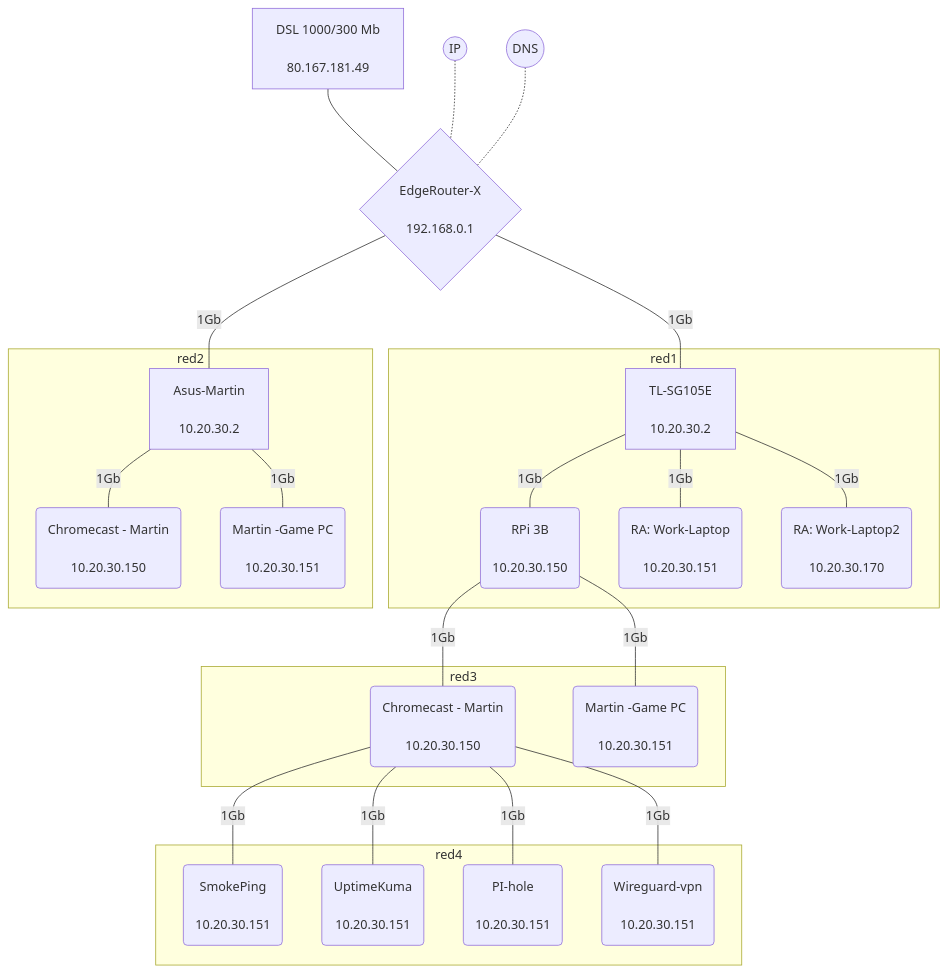
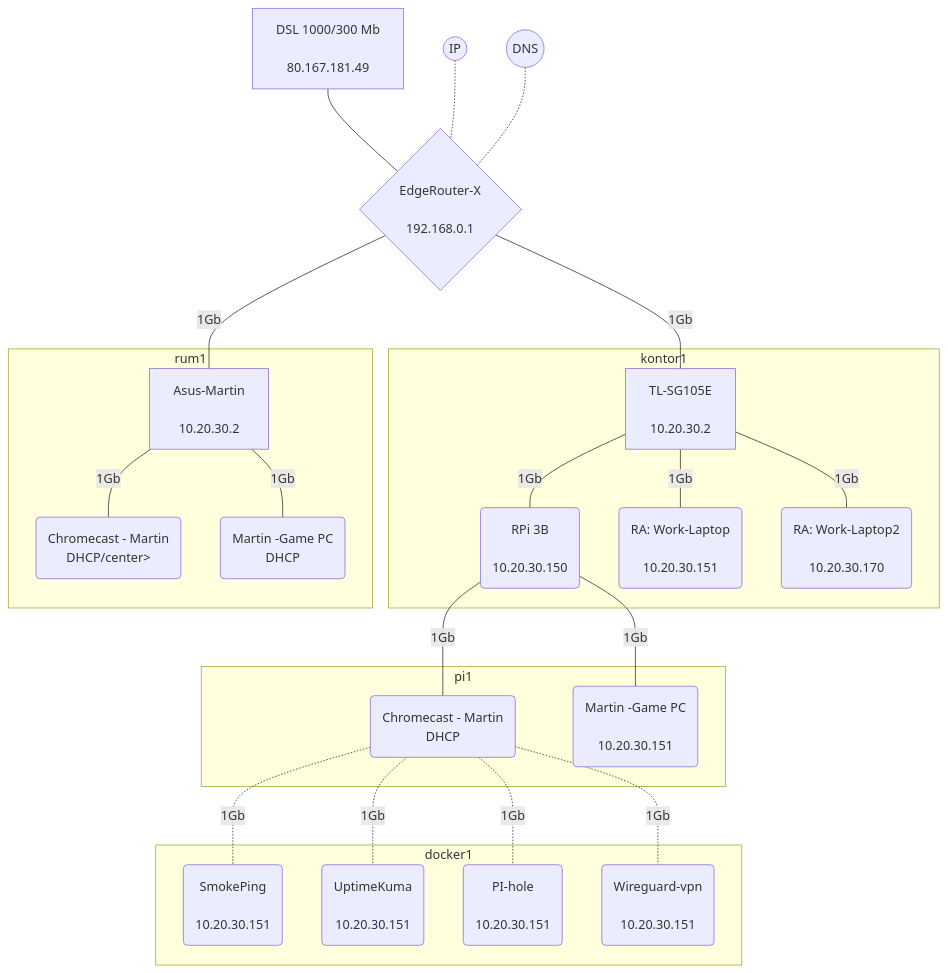
The diagram in Docs/Index.md (alf149/ansible), drawn with Mermaid before and after one commit.

````diff
--- a/Docs/Index.md
+++ b/Docs/Index.md
@@ -3,33 +3,33 @@
 ```mermaid
-graph TD
+graph TB
  linkStyle default interpolate basis
  wan1[<center>DSL 1000/300 Mb<br><br>80.167.181.49</center>]---router{<center>EdgeRouter-X<br><br>192.168.0.1</center>}
  ip((<center><br>IP<br><br></center>))-.-router
  dns((<center><br>DNS<br><br></center>))-.-router
  router---|1Gb|switch1[<center>TL-SG105E<br><br>10.20.30.2</center>]
- router---|1Gb|ac[<center>Asus-Martin<br><br>10.20.30.2</center>]
+ router---|1Gb|switch2[<center>Asus-Martin<br><br>10.20.30.2</center>]
  
- subgraph red1
+ subgraph kontor1
  switch1---|1Gb|pi(<center>RPi 3B<br><br>10.20.30.150</center>)
  switch1---|1Gb|work(<center>RA: Work-Laptop<br><br>10.20.30.151</center>)
  switch1---|1Gb|work-lab(<center>RA: Work-Laptop2<br><br>10.20.30.170</center>)
  end
  
- subgraph red2
- ac---|1Gb|chromecast(<center>Chromecast - Martin<br><br>10.20.30.150</center>)
- ac---|1Gb|game-pc(<center>Martin -Game PC<br><br>10.20.30.151</center>)
+ subgraph rum1
+ switch2---|1Gb|chromecast(<center>Chromecast - Martin<br>DHCP/center>)
+ switch2---|1Gb|game-pc(<center>Martin -Game PC<br>DHCP</center>)
  end
 
- subgraph red3
- pi---|1Gb|docker(<center>Chromecast - Martin<br><br>10.20.30.150</center>)
+ subgraph pi1
+ pi---|1Gb|docker(<center>Chromecast - Martin<br>DHCP</center>)
  pi---|1Gb|crowdsec(<center>Martin -Game PC<br><br>10.20.30.151</center>)
  end
 
-subgraph red4
- docker---|1Gb|smokeping(<center>SmokePing<br><br>10.20.30.151</center>)
- docker---|1Gb|uptimeKuma(<center>UptimeKuma<br><br>10.20.30.151</center>)
- docker---|1Gb|pihole(<center>PI-hole<br><br>10.20.30.151</center>)
- docker---|1Gb|wireguardvpn(<center>Wireguard-vpn<br><br>10.20.30.151</center>)
+subgraph docker1
+ docker-.-|1Gb|smokeping(<center>SmokePing<br><br>10.20.30.151</center>)
+ docker-.-|1Gb|uptimeKuma(<center>UptimeKuma<br><br>10.20.30.151</center>)
+ docker-.-|1Gb|pihole(<center>PI-hole<br><br>10.20.30.151</center>)
+ docker-.-|1Gb|wireguardvpn(<center>Wireguard-vpn<br><br>10.20.30.151</center>)
  
  end
  ```
````
